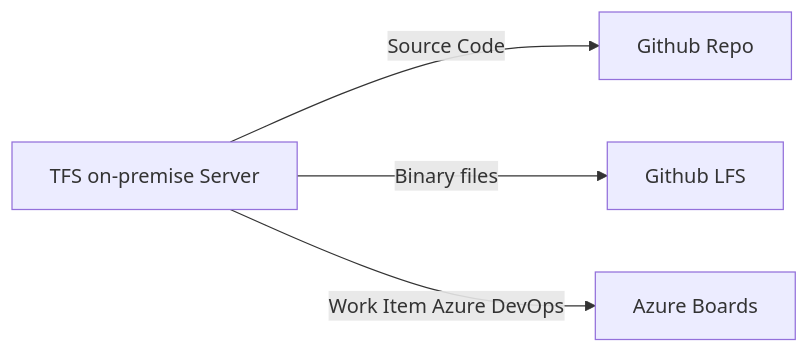
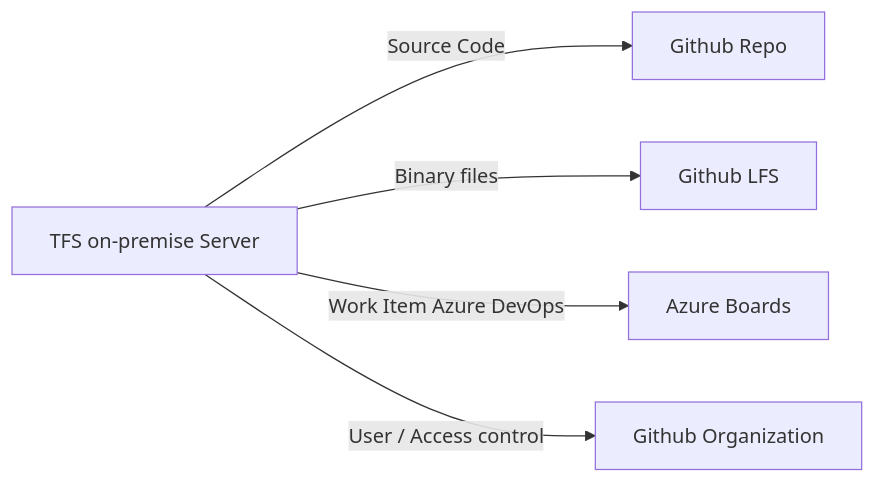
The diagram in README.md (newtglobalgit/nabors-tfs-migration), drawn with Mermaid before and after one commit.

Commit message:
📝 docs(README.md): add Github Organization to architecture diagram The architecture diagram in the README.md file has been updated to include the Github Organization as a component of the system. This change reflects the addition of user/access control functionality to the system.

````diff
--- a/README.md
+++ b/README.md
@@ -17,6 +17,7 @@
 ```mermaid
 graph LR
 A[TFS on-premise Server] -- Source Code --> B[Github Repo]
 A -- Binary files --> C[Github LFS]
 A -- Work Item Azure DevOps --> D[Azure Boards]
+A -- User / Access control --> E[Github Organization]
 ```
````
